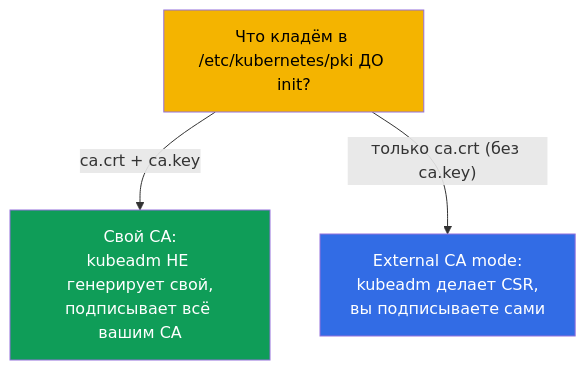
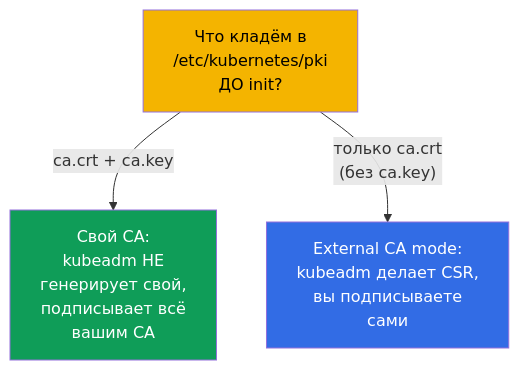
Before and after one commit to ViktorUJ/cks: the eighth of 8 diagrams in tasks/cka/course/35/ru.md, drawn with Mermaid. The commit also changed other lines of this file and 30 other files, not shown here.

````diff
--- a/tasks/cka/course/35/ru.md
+++ b/tasks/cka/course/35/ru.md
@@ -275,9 +354,9 @@
 ```mermaid
 flowchart TB
-    q["Что кладём в /etc/kubernetes/pki ДО init?"]
-    q -->|"ca.crt + ca.key"| own["Свой CA:<br>kubeadm НЕ генерирует свой,<br>подписывает всё вашим CA"]
-    q -->|"только ca.crt (без ca.key)"| ext["External CA mode:<br>kubeadm делает CSR,<br>вы подписываете сами"]
+    q["Что кладём в<br>/etc/kubernetes/pki<br>ДО init?"]
+    q -->|"ca.crt + ca.key"| own["Свой CA:<br>kubeadm НЕ<br>генерирует свой,<br>подписывает всё<br>вашим CA"]
+    q -->|"только ca.crt<br>(без ca.key)"| ext["External CA mode:<br>kubeadm делает CSR,<br>вы подписываете<br>сами"]
     style q fill:#f4b400,color:#000
     style own fill:#0f9d58,color:#fff
     style ext fill:#326ce5,color:#fff
 ```
````
